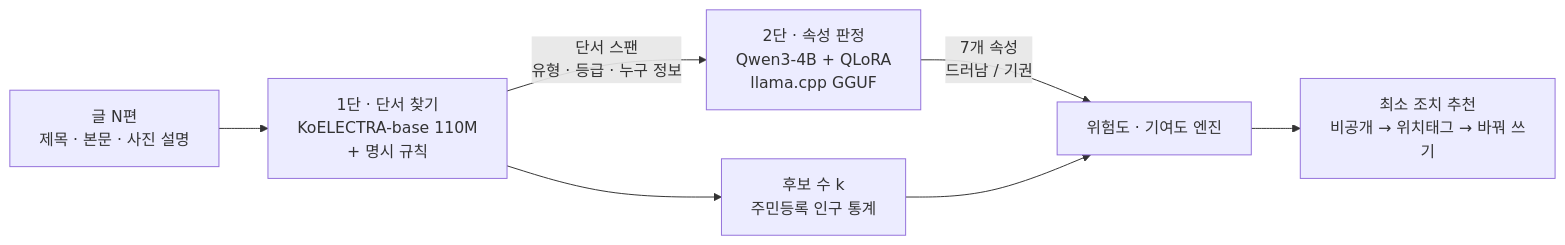
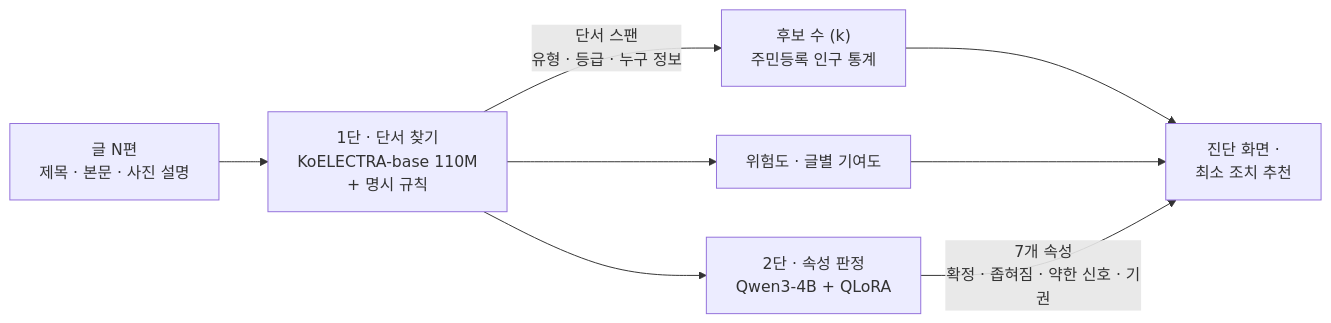
One commit to jaepaly/KISIA_Project changed the diagram in README.md. Above: the diagram before and after it, drawn with Mermaid. The commit also changed other lines of this file and 3 other files, not shown here.

````diff
--- a/README.md
+++ b/README.md
@@ -54,9 +62,10 @@
 ```mermaid
 flowchart LR
     A["글 N편<br/>제목 · 본문 · 사진 설명"] --> B["1단 · 단서 찾기<br/>KoELECTRA-base 110M<br/>+ 명시 규칙"]
-    B -->|"단서 스팬<br/>유형 · 등급 · 누구 정보"| C["2단 · 속성 판정<br/>Qwen3-4B + QLoRA<br/>llama.cpp GGUF"]
-    B --> D["후보 수 k<br/>주민등록 인구 통계"]
-    C -->|"7개 속성<br/>드러남 / 기권"| E["위험도 · 기여도 엔진"]
-    D --> E
-    E --> F["최소 조치 추천<br/>비공개 → 위치태그 → 바꿔 쓰기"]
+    B -->|"단서 스팬<br/>유형 · 등급 · 누구 정보"| D["후보 수 (k)<br/>주민등록 인구 통계"]
+    B --> E["위험도 · 글별 기여도"]
+    B --> C["2단 · 속성 판정<br/>Qwen3-4B + QLoRA"]
+    D --> F["진단 화면 ·<br/>최소 조치 추천"]
+    E --> F
+    C -->|"7개 속성<br/>확정 · 좁혀짐 · 약한 신호 · 기권"| F
 ```
````
